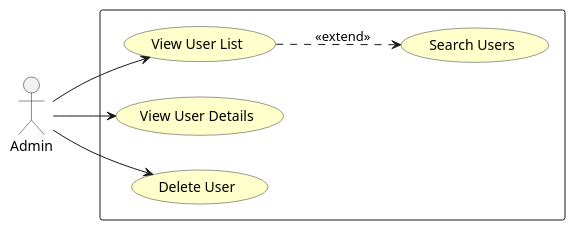
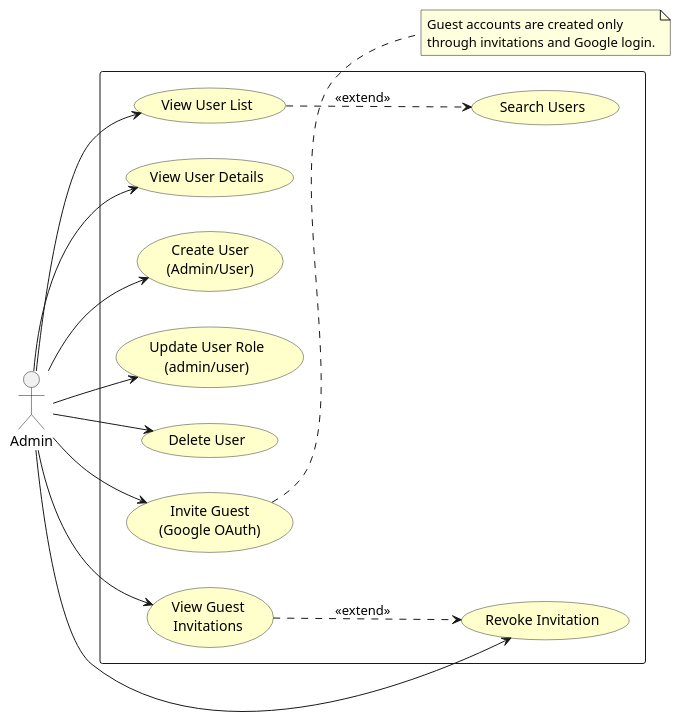
The diagram in diagrams/uc_08_manage_users.puml (hung-org-117/build-risk-dashboard), drawn with PlantUML before and after one commit. The commit also changed 46 other files, not shown here.

```diff
--- a/diagrams/uc_08_manage_users.puml
+++ b/diagrams/uc_08_manage_users.puml
@@ -1,29 +1,45 @@
 @startuml
 '===============================================================
 ' UC-08: MANAGE USERS & ACCESS (Admin)
 '===============================================================
 
 skinparam actorStyle stick
 skinparam usecase {
     BorderColor #333333
     BackgroundColor #FFFFCC
 }
 
 left to right direction
 
 actor "Admin" as Admin
 
 rectangle {
     usecase "View User List" as UC_ListUsers
     usecase "Search Users" as UC_Search
     usecase "View User Details" as UC_UserDetails
+    usecase "Create User\n(Admin/User)" as UC_CreateUser
+    usecase "Update User Role\n(admin/user)" as UC_UpdateRole
     usecase "Delete User" as UC_Delete
+    usecase "View Guest\nInvitations" as UC_ListInvites
+    usecase "Invite Guest\n(Google OAuth)" as UC_InviteGuest
+    usecase "Revoke Invitation" as UC_RevokeInvite
 }
 
 Admin --> UC_ListUsers
 Admin --> UC_UserDetails
+Admin --> UC_CreateUser
+Admin --> UC_UpdateRole
 Admin --> UC_Delete
+Admin --> UC_ListInvites
+Admin --> UC_InviteGuest
+Admin --> UC_RevokeInvite
 
 UC_ListUsers ..> UC_Search : <<extend>>
+UC_ListInvites ..> UC_RevokeInvite : <<extend>>
+
+note right of UC_InviteGuest
+  Guest accounts are created only
+  through invitations and Google login.
+end note
 
 @enduml
```
